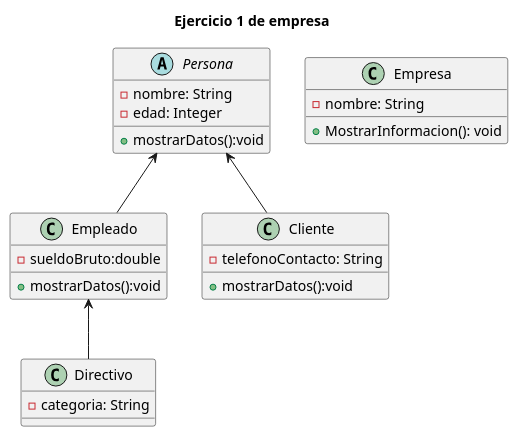
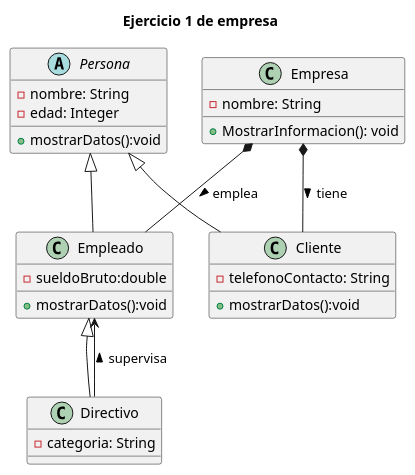
One commit to Atzlares/DiagramasUML changed the diagram in EjerciciosUML/EjerciciosUML/src/plantUMLDiagramas/Ejercicio1.puml. Above: the diagram before and after it, drawn with PlantUML.

```diff
--- a/EjerciciosUML/EjerciciosUML/src/plantUMLDiagramas/Ejercicio1.puml
+++ b/EjerciciosUML/EjerciciosUML/src/plantUMLDiagramas/Ejercicio1.puml
@@ -1,35 +1,39 @@
 @startuml
 title Ejercicio 1 de empresa
 
 abstract class Persona{
 -nombre: String
 -edad: Integer
 +mostrarDatos():void
 }
 
 class Empleado{
 -sueldoBruto:double
 +mostrarDatos():void
 }
 
 class Directivo{
 -categoria: String
 }
 
 class Cliente{
 -telefonoContacto: String
 +mostrarDatos():void
 }
 
 class Empresa{
 -nombre: String
 +MostrarInformacion(): void
 }
 
-Persona <-- Empleado
-Persona <-- Cliente
-Empleado <-- Directivo
+
+Persona <|-- Empleado
+Persona <|-- Cliente
+Empleado <|-- Directivo
 
 
+Empresa *--  Empleado : emplea >
+Empresa  *--  Cliente : tiene >
+Directivo -->  Empleado : supervisa >
 
 @enduml
```
